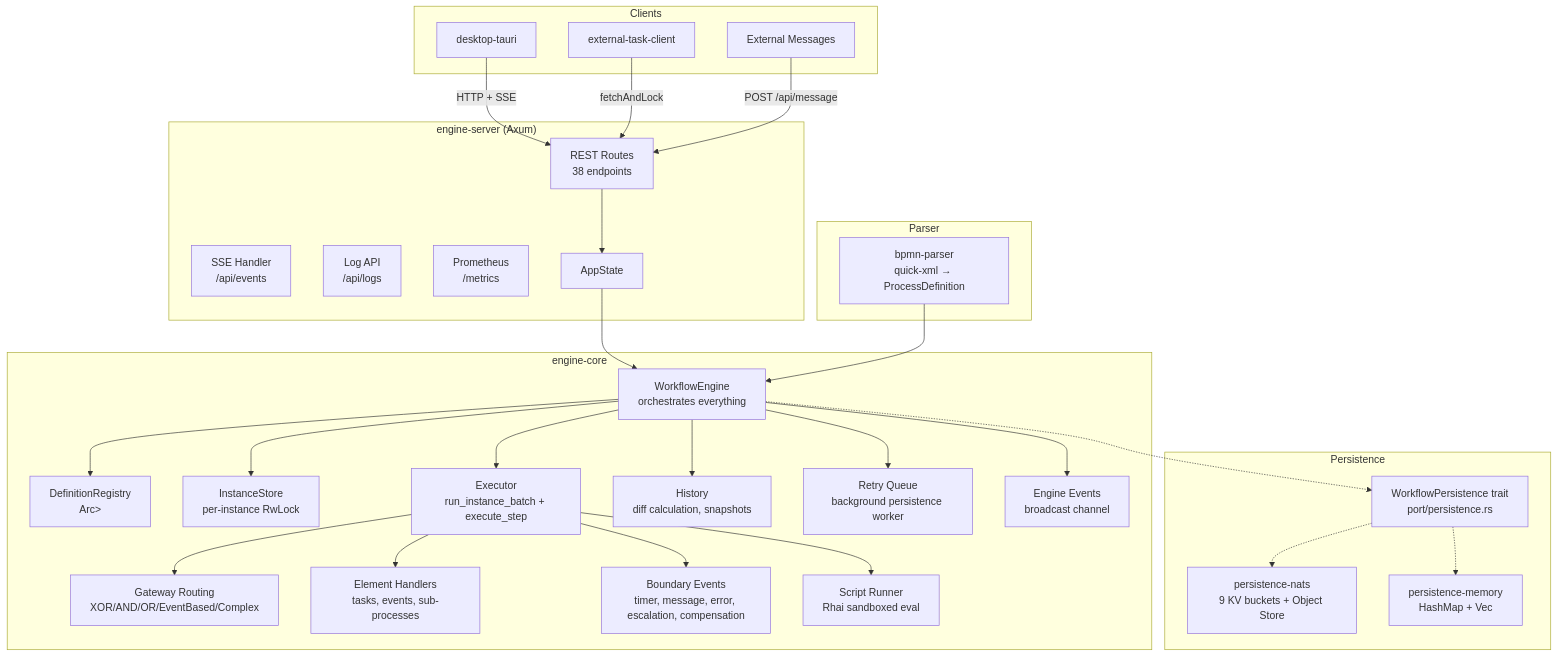
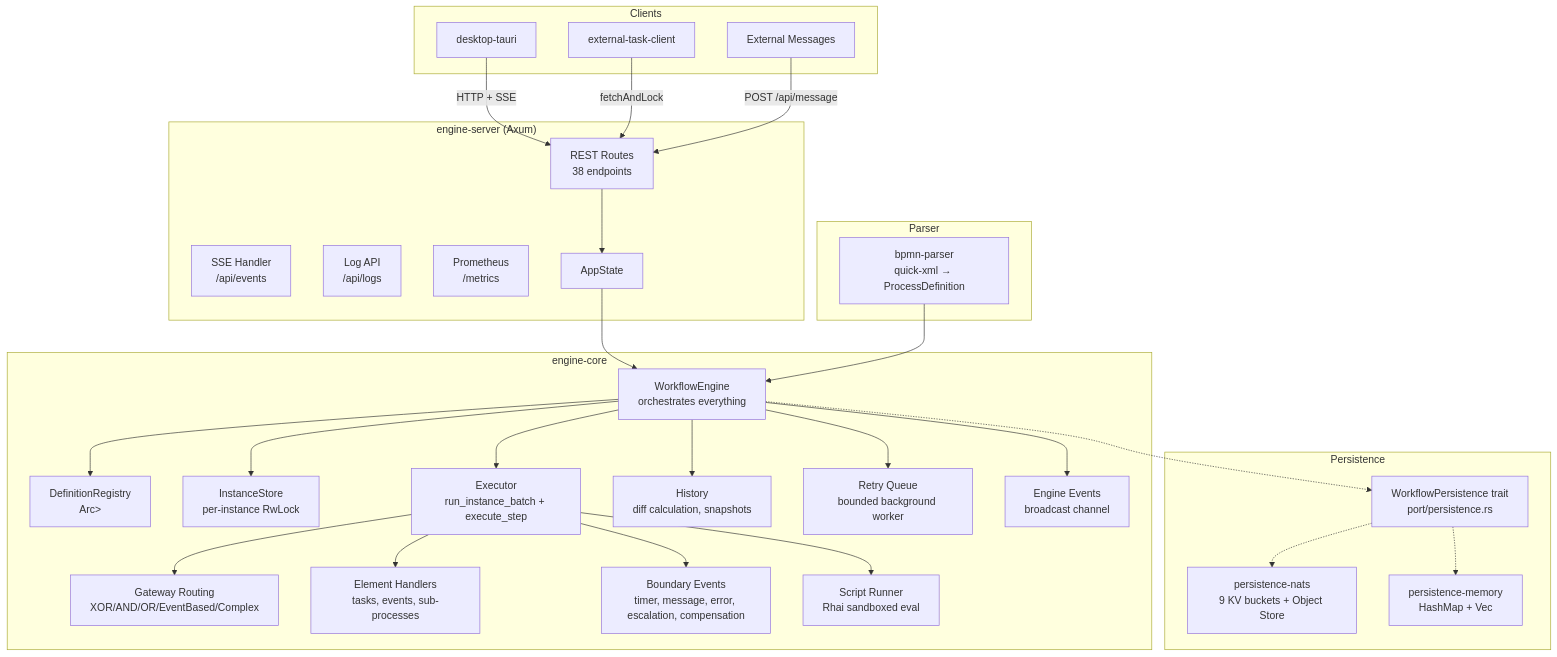
One commit to maatini/bpmninja changed the diagram in docs/knowledge-base/architecture/components.md. Above: the diagram before and after it, drawn with Mermaid. The commit also changed other lines of this file and 25 other files, not shown here.

````diff
--- a/docs/knowledge-base/architecture/components.md
+++ b/docs/knowledge-base/architecture/components.md
@@ -5,60 +5,60 @@
 ```mermaid
 flowchart TD
     subgraph Clients
         Desktop["desktop-tauri"]
         Worker["external-task-client"]
         Message["External Messages"]
     end
 
     subgraph "engine-server (Axum)"
         REST["REST Routes<br>38 endpoints"]
         SSE["SSE Handler<br>/api/events"]
         Logs["Log API<br>/api/logs"]
         Metrics["Prometheus<br>/metrics"]
         State["AppState"]
     end
 
     subgraph "engine-core"
         Engine["WorkflowEngine<br>orchestrates everything"]
         DefReg["DefinitionRegistry<br>Arc<RwLock<HashMap>>"]
         InstStore["InstanceStore<br>per-instance RwLock"]
         Executor["Executor<br>run_instance_batch + execute_step"]
         Gateways["Gateway Routing<br>XOR/AND/OR/EventBased/Complex"]
         Handlers["Element Handlers<br>tasks, events, sub-processes"]
         Boundary["Boundary Events<br>timer, message, error, escalation, compensation"]
         Rhai["Script Runner<br>Rhai sandboxed eval"]
         History["History<br>diff calculation, snapshots"]
-        Retry["Retry Queue<br>background persistence worker"]
+        Retry["Retry Queue<br>bounded background worker"]
         Events["Engine Events<br>broadcast channel"]
     end
 
     subgraph Persistence
         WP["WorkflowPersistence trait<br>port/persistence.rs"]
         NATS["persistence-nats<br>9 KV buckets + Object Store"]
         Mem["persistence-memory<br>HashMap + Vec"]
     end
 
     subgraph Parser
         BpmnParser["bpmn-parser<br>quick-xml → ProcessDefinition"]
     end
 
     Desktop -- HTTP + SSE --> REST
     Worker -- fetchAndLock --> REST
     Message -- POST /api/message --> REST
     REST --> State
     State --> Engine
     Engine --> DefReg
     Engine --> InstStore
     Engine --> Executor
     Executor --> Gateways
     Executor --> Handlers
     Executor --> Boundary
     Executor --> Rhai
     Engine --> History
     Engine --> Retry
     Engine --> Events
     Engine -.-> WP
     WP -.-> NATS
     WP -.-> Mem
     BpmnParser --> Engine
 ```
````
